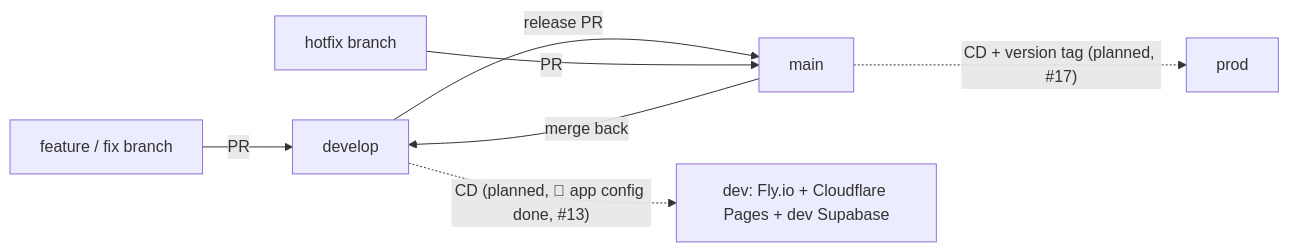
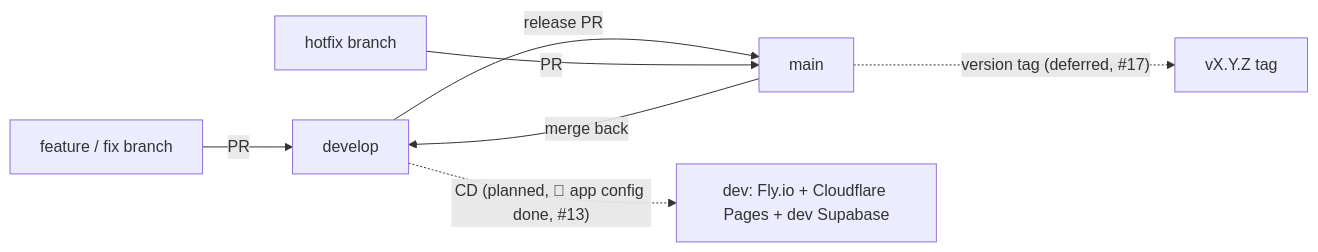
One commit to LasterBergamot/lineup changed the second of 2 diagrams in documentation/Roadmap-Everything-Else.md. Above: the diagram before and after it, drawn with Mermaid. The commit also changed other lines of this file and 4 other files, not shown here.

````diff
--- a/documentation/Roadmap-Everything-Else.md
+++ b/documentation/Roadmap-Everything-Else.md
@@ -29,9 +30,9 @@
 ```mermaid
 flowchart LR
     F[feature / fix branch] -->|PR| D[develop]
     D -->|"release PR"| M[main]
     H[hotfix branch] -->|PR| M
     M -->|merge back| D
     D -.->|"CD (planned, #8; app config done, #13)"| DEV[dev: Fly.io + Cloudflare Pages + dev Supabase]
-    M -.->|"CD + version tag (planned, #17)"| PROD[prod]
+    M -.->|"version tag (deferred, #17)"| REL[vX.Y.Z tag]
 ```
````
